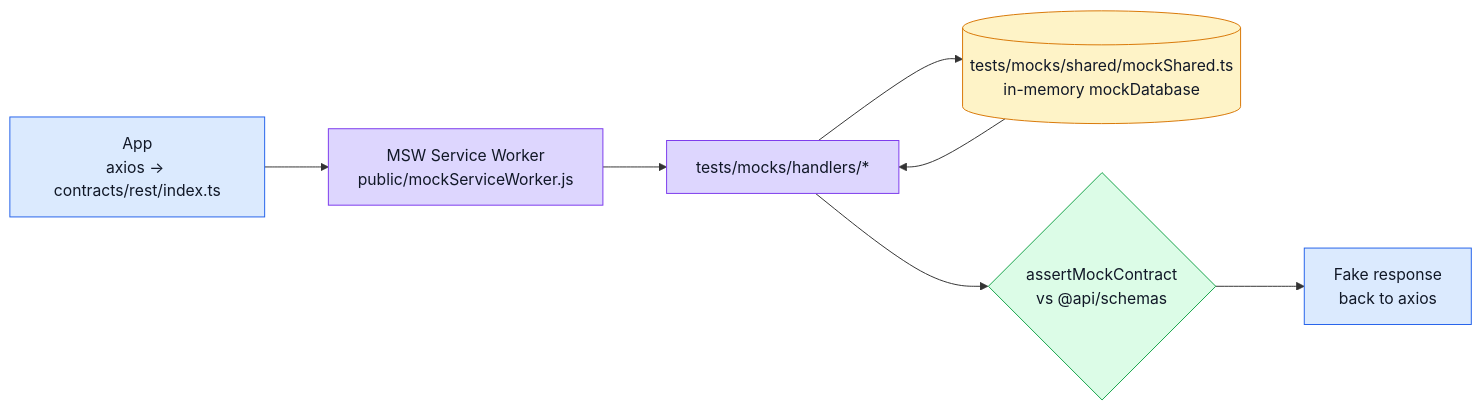
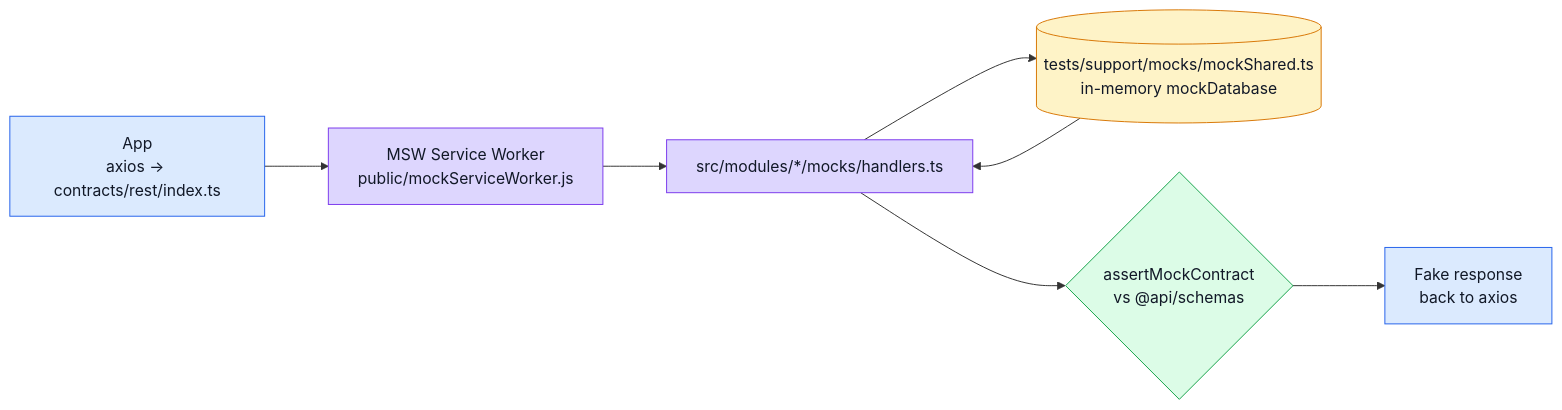
One commit to Guebbit/boilerplate-vue-frontend changed the diagram in docs/tools/mocking.md. Above: the diagram before and after it, drawn with Mermaid. The commit also changed other lines of this file and 385 other files, not shown here.

First line of the commit message:
feat!: 2.0.0 — modular architecture, tiered substrate, contracts as backend output

````diff
--- a/docs/tools/mocking.md
+++ b/docs/tools/mocking.md
@@ -53,20 +53,20 @@
 ```mermaid
 %%{init: {'flowchart': {'nodeSpacing': 50, 'rankSpacing': 65}}}%%
 flowchart LR
     App["App\naxios → contracts/rest/index.ts"] --> SW["MSW Service Worker\npublic/mockServiceWorker.js"]
-    SW --> Handlers["tests/mocks/handlers/*"]
-    Handlers --> DB[("tests/mocks/shared/mockShared.ts\nin-memory mockDatabase")]
+    SW --> Handlers["src/modules/*/mocks/handlers.ts"]
+    Handlers --> DB[("tests/support/mocks/mockShared.ts\nin-memory mockDatabase")]
     DB --> Handlers
     Handlers --> Validate{"assertMockContract\nvs @api/schemas"}
     Validate --> Response["Fake response\nback to axios"]
 
     classDef app fill:#dbeafe,stroke:#2563eb,color:#111827;
     classDef msw fill:#ddd6fe,stroke:#7c3aed,color:#111827;
     classDef data fill:#fef3c7,stroke:#d97706,color:#111827;
     classDef check fill:#dcfce7,stroke:#16a34a,color:#111827;
     class App app;
     class SW,Handlers msw;
     class DB data;
     class Validate check;
     class Response app;
 ```
````
